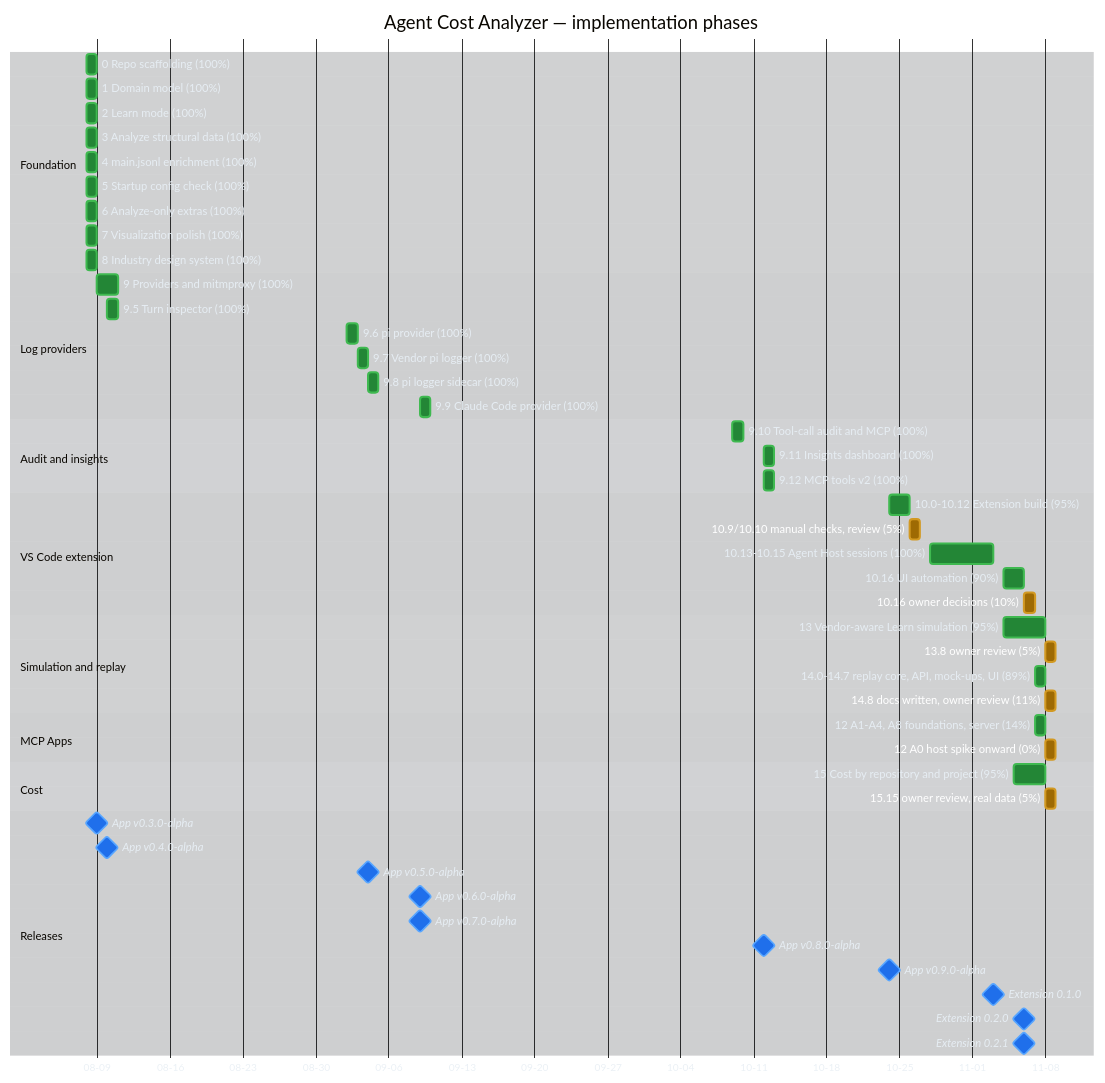
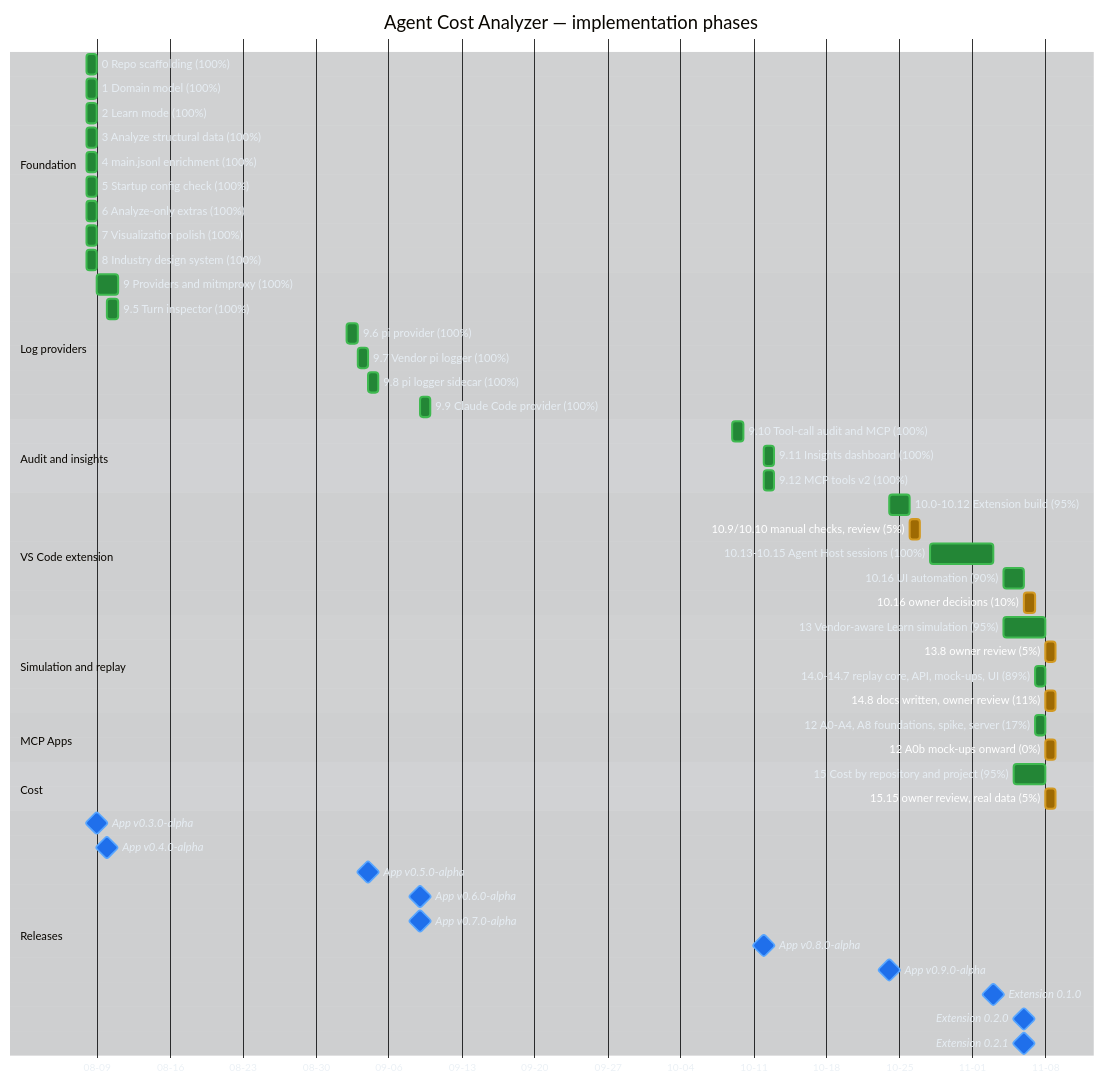
Before and after one commit to raulkivi/agent-cost-analyzer: the first of 3 diagrams in docs/implementation-plan-gantt.md, drawn with Mermaid. The commit also changed other lines of this file and 7 other files, not shown here.

Commit message:
Phase 12 A0: host spike results (VS Code, Claude Desktop), A12 dropped

```diff
--- a/docs/implementation-plan-gantt.md
+++ b/docs/implementation-plan-gantt.md
@@ -75,8 +75,8 @@
     14.8 docs written, owner review (11%)  :active, p14r, after p14, 1d
 
     section MCP Apps
-    12 A1-A4, A8 foundations, server (14%) :done, p12a, 2026-11-07, 1d
-    12 A0 host spike onward (0%)          :active, p12b, after p12a, 1d
+    12 A0-A4, A8 foundations, spike, server (17%) :done, p12a, 2026-11-07, 1d
+    12 A0b mock-ups onward (0%)          :active, p12b, after p12a, 1d
 
     section Cost
     15 Cost by repository and project (95%) :done, p15, 2026-11-05, 3d
```
